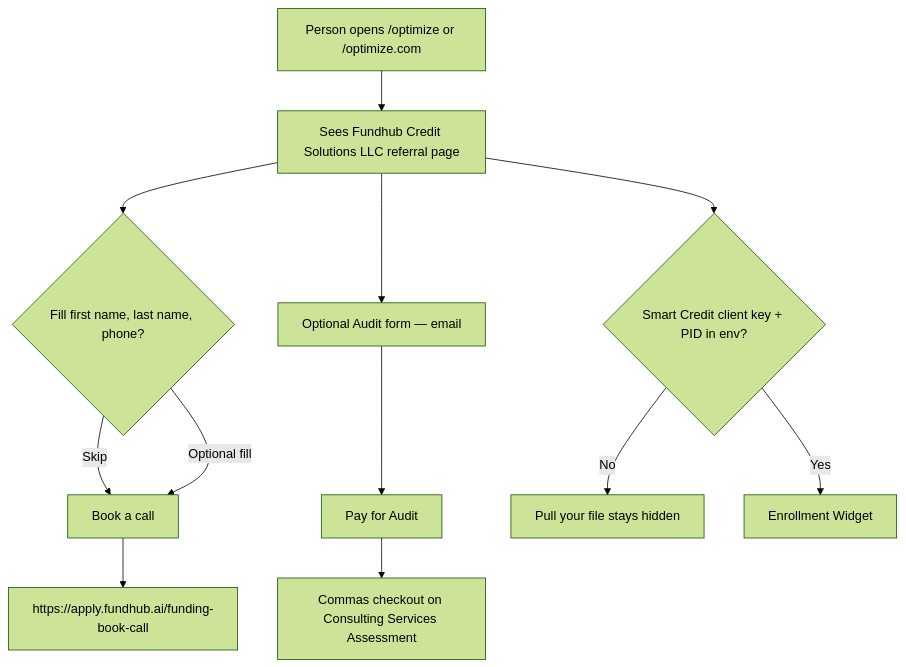
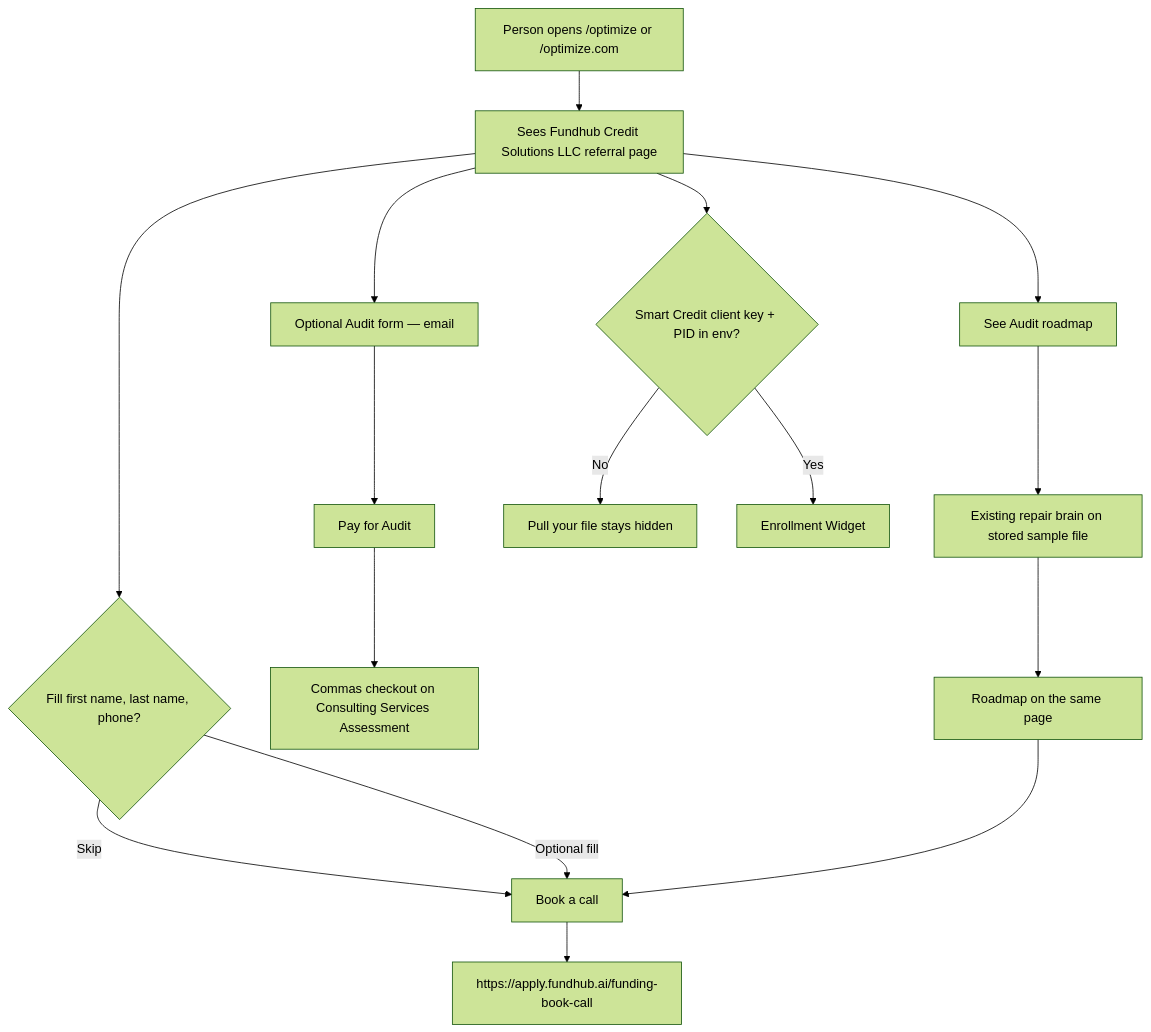
The diagram in docs/journeys/optimize-intended.md (ZootimusMaximusSupreme/Fundhub_ai), drawn with Mermaid (forest theme) before and after one commit. The commit also changed other lines of this file and 9 other files, not shown here.

First line of the commit message:
Show the Audit roadmap from the existing repair brain on the hidden /optimize page.

````diff
--- a/docs/journeys/optimize-intended.md
+++ b/docs/journeys/optimize-intended.md
@@ -11,14 +11,18 @@
 ```mermaid
 flowchart TD
     OPEN[Person opens /optimize or /optimize.com] --> PAGE[Sees Fundhub Credit Solutions LLC referral page]
     PAGE --> NAME{Fill first name, last name, phone?}
     NAME -->|Skip| BOOK[Book a call]
     NAME -->|Optional fill| BOOK
     BOOK --> CAL[https://apply.fundhub.ai/funding-book-call]
     PAGE --> AUDIT[Optional Audit form — email]
     AUDIT --> PAY[Pay for Audit]
     PAY --> COMMAS[Commas checkout on Consulting Services Assessment]
+    PAGE --> MAP[See Audit roadmap]
+    MAP --> BRAIN[Existing repair brain on stored sample file]
+    BRAIN --> PLAN[Roadmap on the same page]
+    PLAN --> BOOK
     PAGE --> FILE{Smart Credit client key + PID in env?}
     FILE -->|No| HIDE[Pull your file stays hidden]
     FILE -->|Yes| WIDGET[Enrollment Widget]
 ```
````
